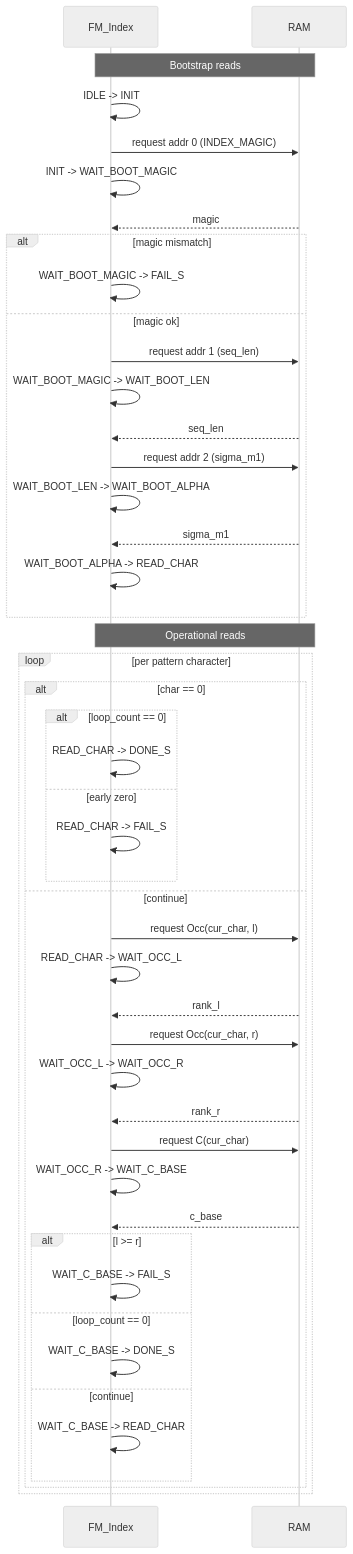
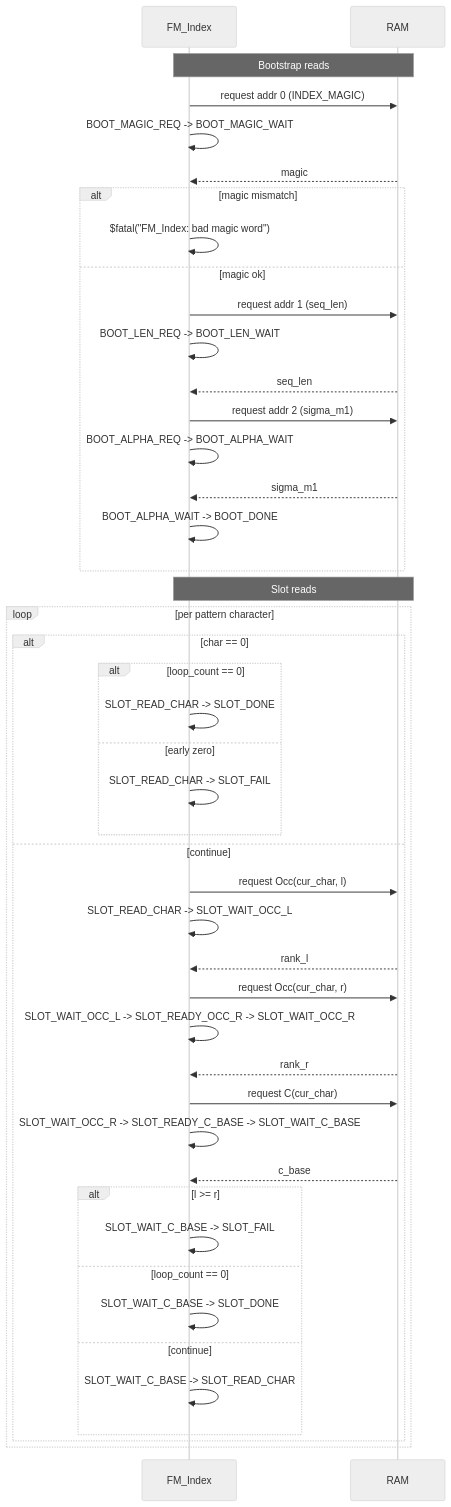
The second of 2 diagrams in docs/FM_Index.md (UAlberta-ECE-492-W2026/sands), drawn with Mermaid (neutral theme) before and after one commit. The commit also changed other lines of this file, not shown here.

Commit message:
Update FM Index docs

````diff
--- a/docs/FM_Index.md
+++ b/docs/FM_Index.md
@@ -98,50 +106,49 @@
 ```mermaid
 sequenceDiagram
     participant FSM as FM_Index
     participant RAM as RAM
 
     Note over FSM,RAM: Bootstrap reads
-    FSM->>FSM: IDLE -> INIT
     FSM->>RAM: request addr 0 (INDEX_MAGIC)
-    FSM->>FSM: INIT -> WAIT_BOOT_MAGIC
+    FSM->>FSM: BOOT_MAGIC_REQ -> BOOT_MAGIC_WAIT
     RAM-->>FSM: magic
     alt magic mismatch
-        FSM->>FSM: WAIT_BOOT_MAGIC -> FAIL_S
+        FSM->>FSM: $fatal("FM_Index: bad magic word")
     else magic ok
         FSM->>RAM: request addr 1 (seq_len)
-        FSM->>FSM: WAIT_BOOT_MAGIC -> WAIT_BOOT_LEN
+        FSM->>FSM: BOOT_LEN_REQ -> BOOT_LEN_WAIT
         RAM-->>FSM: seq_len
         FSM->>RAM: request addr 2 (sigma_m1)
-        FSM->>FSM: WAIT_BOOT_LEN -> WAIT_BOOT_ALPHA
+        FSM->>FSM: BOOT_ALPHA_REQ -> BOOT_ALPHA_WAIT
         RAM-->>FSM: sigma_m1
-        FSM->>FSM: WAIT_BOOT_ALPHA -> READ_CHAR
+        FSM->>FSM: BOOT_ALPHA_WAIT -> BOOT_DONE
     end
 
-    Note over FSM,RAM: Operational reads
+    Note over FSM,RAM: Slot reads
     loop per pattern character
         alt char == 0
             alt loop_count == 0
-                FSM->>FSM: READ_CHAR -> DONE_S
+                FSM->>FSM: SLOT_READ_CHAR -> SLOT_DONE
             else early zero
-                FSM->>FSM: READ_CHAR -> FAIL_S
+                FSM->>FSM: SLOT_READ_CHAR -> SLOT_FAIL
             end
         else continue
             FSM->>RAM: request Occ(cur_char, l)
-            FSM->>FSM: READ_CHAR -> WAIT_OCC_L
+            FSM->>FSM: SLOT_READ_CHAR -> SLOT_WAIT_OCC_L
             RAM-->>FSM: rank_l
             FSM->>RAM: request Occ(cur_char, r)
-            FSM->>FSM: WAIT_OCC_L -> WAIT_OCC_R
+            FSM->>FSM: SLOT_WAIT_OCC_L -> SLOT_READY_OCC_R -> SLOT_WAIT_OCC_R
             RAM-->>FSM: rank_r
             FSM->>RAM: request C(cur_char)
-            FSM->>FSM: WAIT_OCC_R -> WAIT_C_BASE
+            FSM->>FSM: SLOT_WAIT_OCC_R -> SLOT_READY_C_BASE -> SLOT_WAIT_C_BASE
             RAM-->>FSM: c_base
             alt l >= r
-                FSM->>FSM: WAIT_C_BASE -> FAIL_S
+                FSM->>FSM: SLOT_WAIT_C_BASE -> SLOT_FAIL
             else loop_count == 0
-                FSM->>FSM: WAIT_C_BASE -> DONE_S
+                FSM->>FSM: SLOT_WAIT_C_BASE -> SLOT_DONE
             else continue
-                FSM->>FSM: WAIT_C_BASE -> READ_CHAR
+                FSM->>FSM: SLOT_WAIT_C_BASE -> SLOT_READ_CHAR
             end
         end
     end
 ```
````
